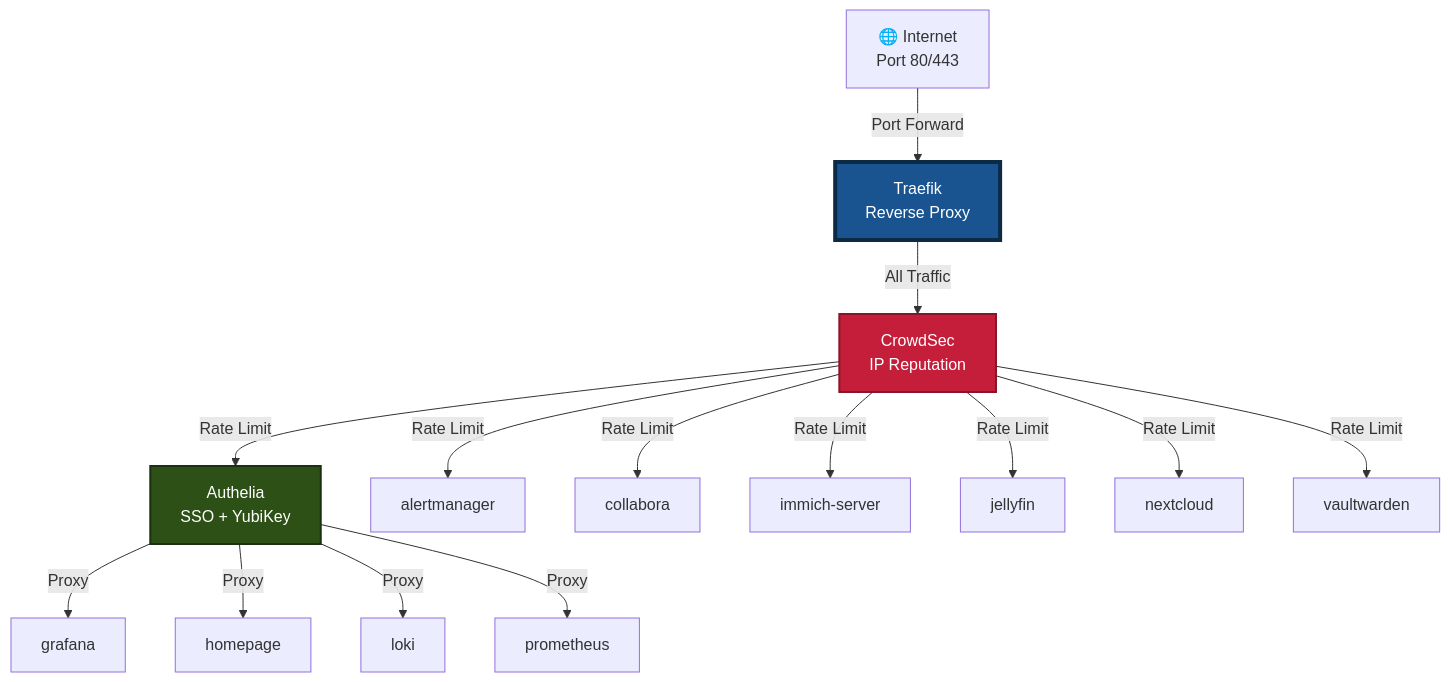
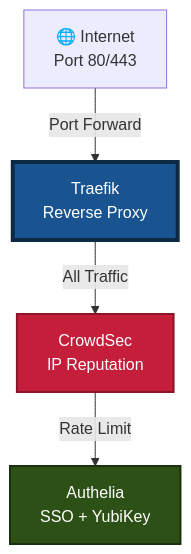
Before and after one commit to vonrobak/fedora-homelab-containers: the first of 3 diagrams in docs/AUTO-NETWORK-TOPOLOGY.md, drawn with Mermaid. The commit also changed other lines of this file and 13 other files, not shown here.

````diff
--- a/docs/AUTO-NETWORK-TOPOLOGY.md
+++ b/docs/AUTO-NETWORK-TOPOLOGY.md
@@ -14,28 +14,18 @@
 ```mermaid
 graph TB
     Internet[🌐 Internet<br/>Port 80/443]
     Internet -->|Port Forward| Traefik[Traefik<br/>Reverse Proxy]
 
     %% All traffic goes through CrowdSec first
     Traefik -->|All Traffic| CrowdSec[CrowdSec<br/>IP Reputation]
 
     %% Services requiring Authelia SSO
     CrowdSec -->|Rate Limit| Authelia[Authelia<br/>SSO + YubiKey]
-    Authelia -->|Proxy| grafana[grafana]
-    Authelia -->|Proxy| homepage[homepage]
-    Authelia -->|Proxy| loki[loki]
-    Authelia -->|Proxy| prometheus[prometheus]
 
     %% Services with native authentication (bypass Authelia)
-    CrowdSec -->|Rate Limit| alertmanager[alertmanager]
-    CrowdSec -->|Rate Limit| collabora[collabora]
-    CrowdSec -->|Rate Limit| immich_server[immich-server]
-    CrowdSec -->|Rate Limit| jellyfin[jellyfin]
-    CrowdSec -->|Rate Limit| nextcloud[nextcloud]
-    CrowdSec -->|Rate Limit| vaultwarden[vaultwarden]
 
     %% Styling
     style Traefik fill:#1a5490,stroke:#0d2a45,stroke-width:4px,color:#fff
     style CrowdSec fill:#c41e3a,stroke:#8b1528,stroke-width:2px,color:#fff
     style Authelia fill:#2d5016,stroke:#1a3010,stroke-width:2px,color:#fff
 ```
````
